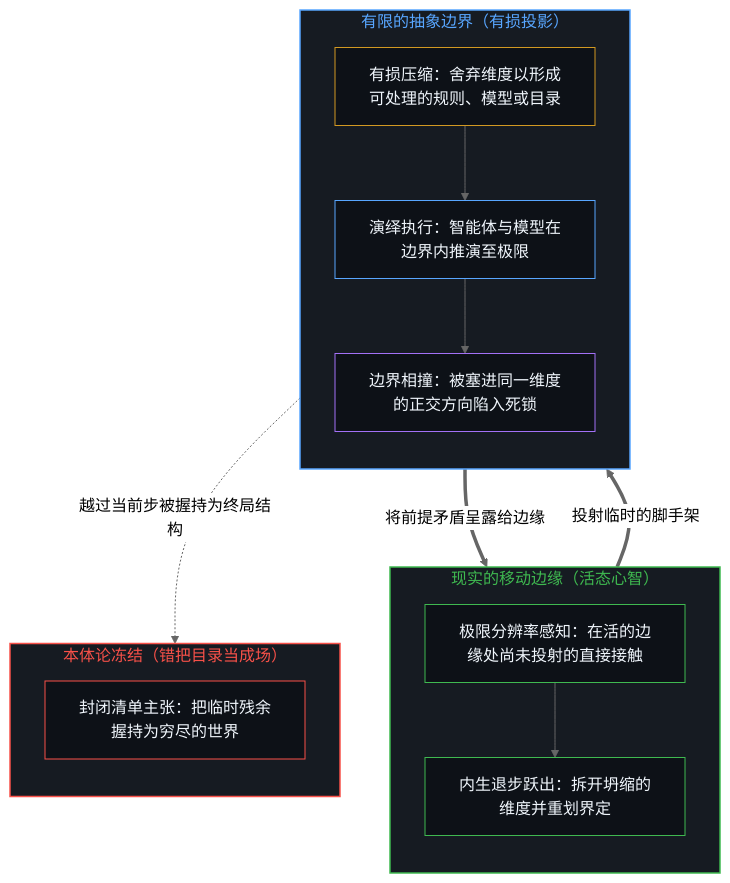
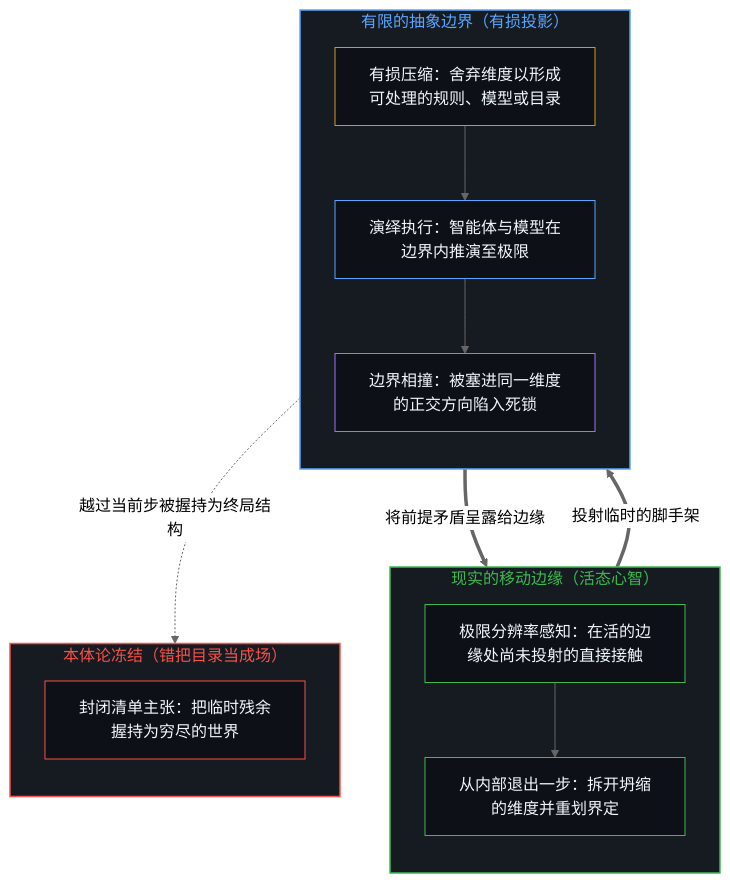
The first of 2 diagrams in content/posts/abstraction-boundaries-and-the-moving-edge-of-reality.md (powerpig99/not-a-toe), drawn with Mermaid (neutral theme) before and after one commit. The commit also changed other lines of this file and 1 other file, not shown here.

````diff
--- a/content/posts/abstraction-boundaries-and-the-moving-edge-of-reality.md
+++ b/content/posts/abstraction-boundaries-and-the-moving-edge-of-reality.md
@@ -35,36 +35,32 @@
 ```mermaid
 flowchart TD
     subgraph S_Edge["现实的移动边缘（活态心智）"]
         direction TB
         Sense["极限分辨率感知：在活的边缘处尚未投射的直接接触"]
-        Redraw["内生退步跃出：拆开坍缩的维度并重划界定"]
+        Redraw["从内部退出一步：拆开坍缩的维度并重划界定"]
         Sense --> Redraw
     end
-
     subgraph S_Bound["有限的抽象边界（有损投影）"]
         direction TB
         Drop["有损压缩：舍弃维度以形成可处理的规则、模型或目录"]
         Run["演绎执行：智能体与模型在边界内推演至极限"]
         Collide["边界相撞：被塞进同一维度的正交方向陷入死锁"]
         Drop --> Run --> Collide
     end
-
     subgraph S_Freeze["本体论冻结（错把目录当成场）"]
         direction TB
         Seal["封闭清单主张：把临时残余握持为穷尽的世界"]
     end
-
     Redraw ==>|"投射临时的脚手架"| Drop
     Collide ==>|"将前提矛盾呈露给边缘"| Redraw
     Drop -.->|"越过当前步被握持为终局结构"| Seal
-
     style S_Edge fill:#161b22,stroke:#3fb950,stroke-width:1.5px,color:#3fb950
     style S_Bound fill:#161b22,stroke:#58a6ff,stroke-width:1.5px,color:#58a6ff
     style S_Freeze fill:#161b22,stroke:#f85149,stroke-width:1.5px,color:#f85149
     style Sense fill:#0d1117,stroke:#3fb950,stroke-width:1px,color:#f0f6fc
     style Redraw fill:#0d1117,stroke:#3fb950,stroke-width:1px,color:#f0f6fc
     style Drop fill:#0d1117,stroke:#d29922,stroke-width:1px,color:#f0f6fc
     style Run fill:#0d1117,stroke:#58a6ff,stroke-width:1px,color:#f0f6fc
     style Collide fill:#0d1117,stroke:#a371f7,stroke-width:1px,color:#f0f6fc
     style Seal fill:#0d1117,stroke:#f85149,stroke-width:1px,color:#f0f6fc
 ```
````
